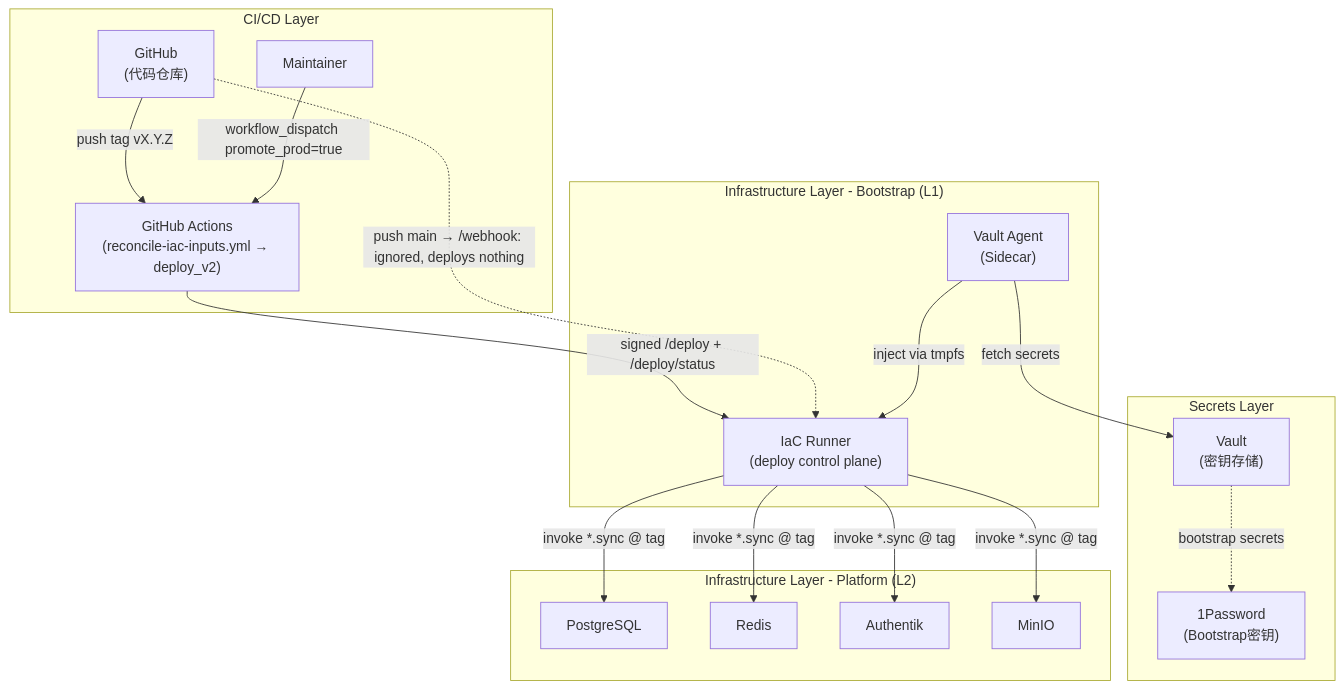
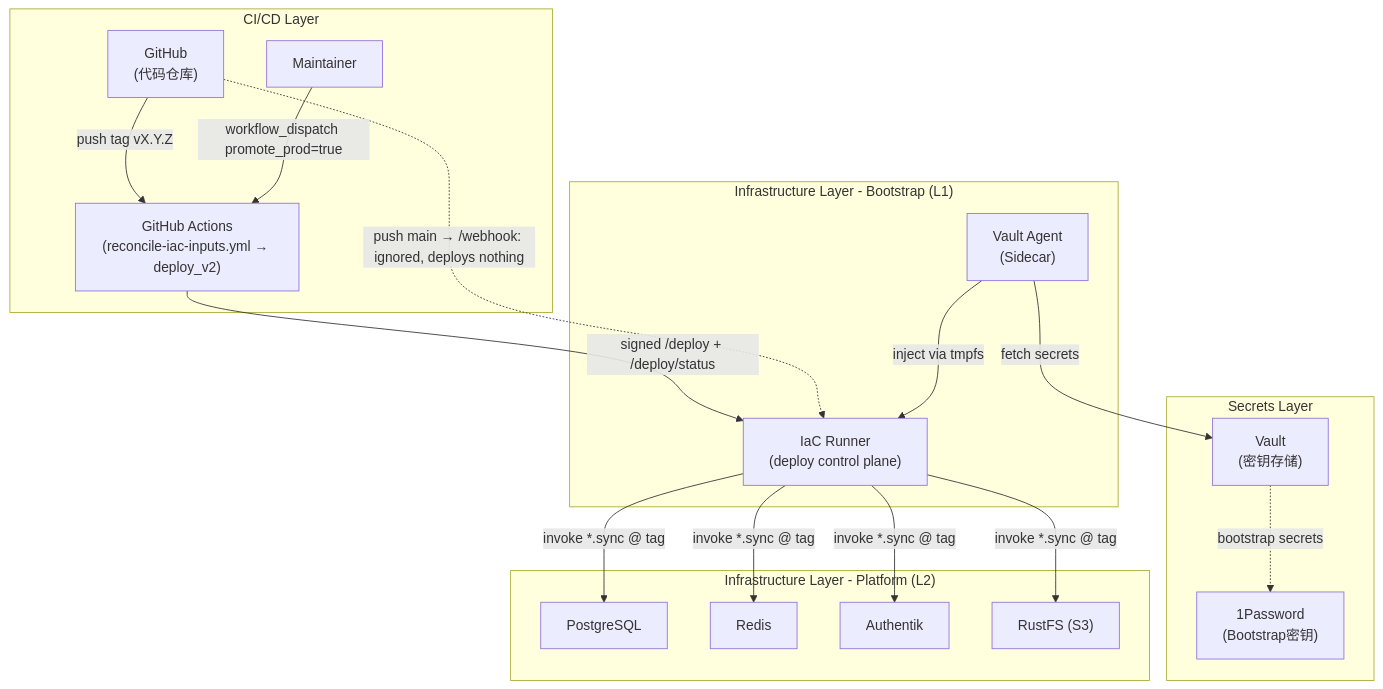
One commit to wangzitian0/infra2 changed the first of 2 diagrams in docs/ssot/bootstrap.iac_runner.md. Above: the diagram before and after it, drawn with Mermaid. The commit also changed 4 other files, not shown here.

````diff
--- a/docs/ssot/bootstrap.iac_runner.md
+++ b/docs/ssot/bootstrap.iac_runner.md
@@ -50,40 +50,40 @@
 ```mermaid
 flowchart TB
     subgraph "Secrets Layer"
         Vault["Vault<br/>(密钥存储)"]
         1P["1Password<br/>(Bootstrap密钥)"]
     end
 
     subgraph "CI/CD Layer"
         GitHub["GitHub<br/>(代码仓库)"]
         Maintainer["Maintainer"]
         Reconcile["GitHub Actions<br/>(reconcile-iac-inputs.yml → deploy_v2)"]
     end
 
     subgraph "Infrastructure Layer - Bootstrap (L1)"
         IaCRunner["IaC Runner<br/>(deploy control plane)"]
         VaultAgent["Vault Agent<br/>(Sidecar)"]
     end
 
     subgraph "Infrastructure Layer - Platform (L2)"
         Postgres["PostgreSQL"]
         Redis["Redis"]
         Authentik["Authentik"]
-        MinIO["MinIO"]
+        RustFS["RustFS (S3)"]
     end
 
     GitHub -->|push tag vX.Y.Z| Reconcile
     Maintainer -->|workflow_dispatch promote_prod=true| Reconcile
     Reconcile -->|signed /deploy + /deploy/status| IaCRunner
     GitHub -.->|push main → /webhook: ignored, deploys nothing| IaCRunner
 
     VaultAgent -->|fetch secrets| Vault
     VaultAgent -->|inject via tmpfs| IaCRunner
 
     IaCRunner -->|invoke *.sync @ tag| Postgres
     IaCRunner -->|invoke *.sync @ tag| Redis
     IaCRunner -->|invoke *.sync @ tag| Authentik
-    IaCRunner -->|invoke *.sync @ tag| MinIO
+    IaCRunner -->|invoke *.sync @ tag| RustFS
 
     Vault -.->|bootstrap secrets| 1P
 ```
````
